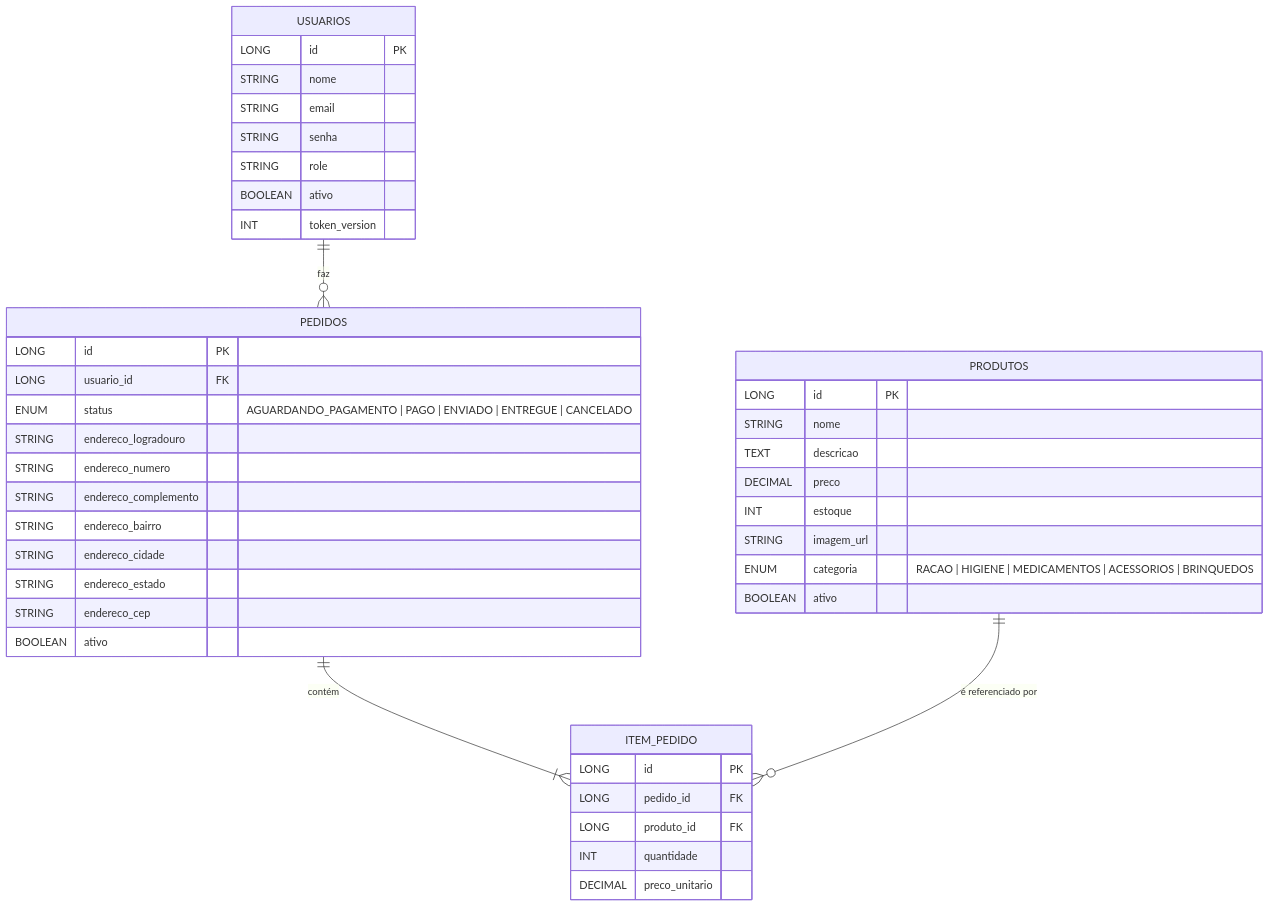
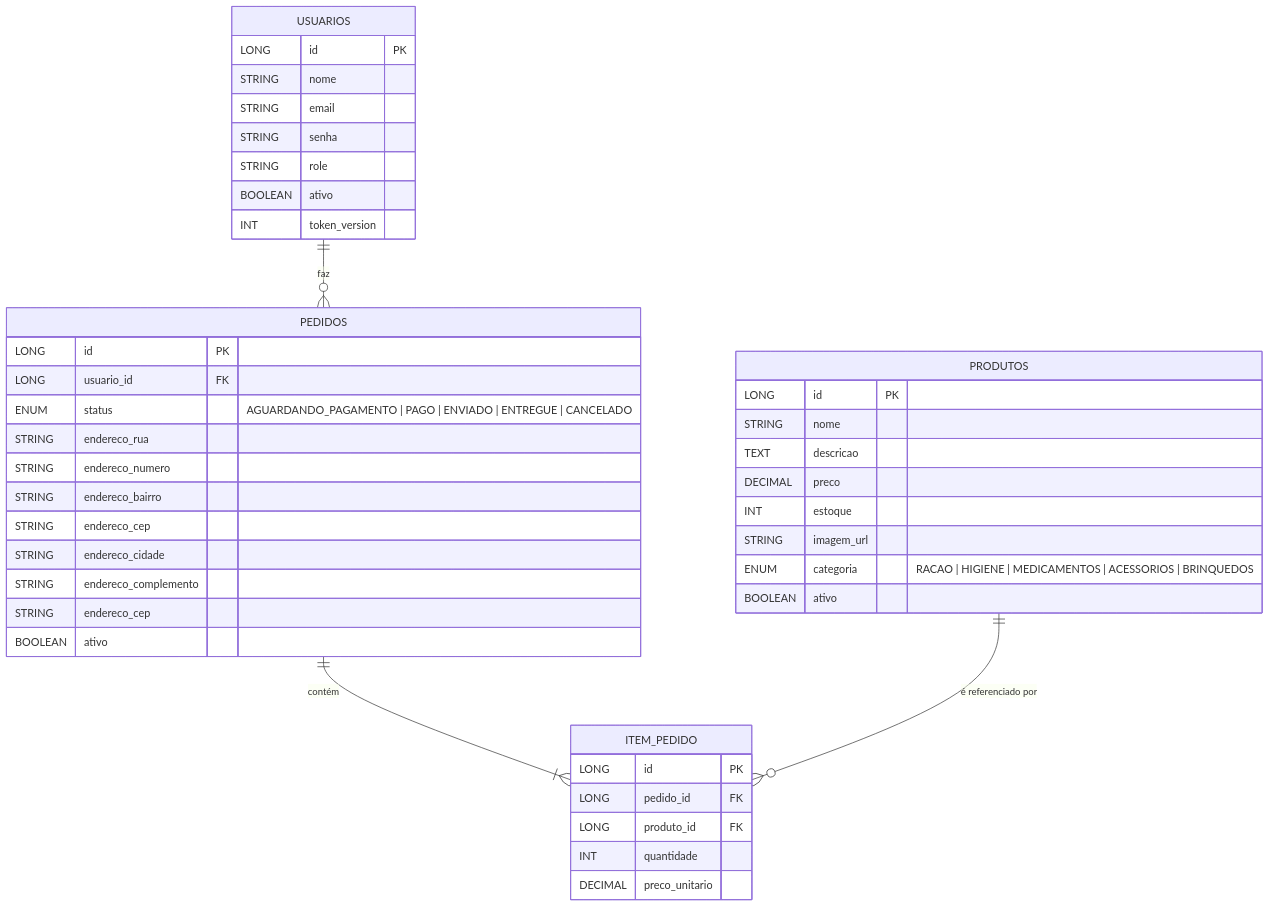
Before and after one commit to AROLima/DomPet_backend: the first of 4 diagrams in README.md, drawn with Mermaid. The commit also changed other lines of this file and 46 other files, not shown here.

````diff
--- a/README.md
+++ b/README.md
@@ -100,49 +100,49 @@
 ```mermaid
 erDiagram
   USUARIOS ||--o{ PEDIDOS : "faz"
   PEDIDOS  ||--|{ ITEM_PEDIDO : "contém"
   PRODUTOS ||--o{ ITEM_PEDIDO : "é referenciado por"
 
   USUARIOS {
     LONG id PK
     STRING nome
     STRING email
     STRING senha
     STRING role
     BOOLEAN ativo
     INT token_version
   }
 
   PRODUTOS {
     LONG id PK
     STRING nome
     TEXT  descricao
     DECIMAL preco
     INT   estoque
     STRING imagem_url
     ENUM  categoria   "RACAO | HIGIENE | MEDICAMENTOS | ACESSORIOS | BRINQUEDOS"
     BOOLEAN ativo
   }
 
   PEDIDOS {
     LONG id PK
     LONG usuario_id FK
     ENUM status      "AGUARDANDO_PAGAMENTO | PAGO | ENVIADO | ENTREGUE | CANCELADO"
-    STRING endereco_logradouro
+  STRING endereco_rua
     STRING endereco_numero
-    STRING endereco_complemento
     STRING endereco_bairro
-    STRING endereco_cidade
-    STRING endereco_estado
+  STRING endereco_cep
+  STRING endereco_cidade
+  STRING endereco_complemento
     STRING endereco_cep
     BOOLEAN ativo
   }
 
   ITEM_PEDIDO {
     LONG id PK
     LONG pedido_id FK
     LONG produto_id FK
     INT  quantidade
     DECIMAL preco_unitario
   }
 ```
````
